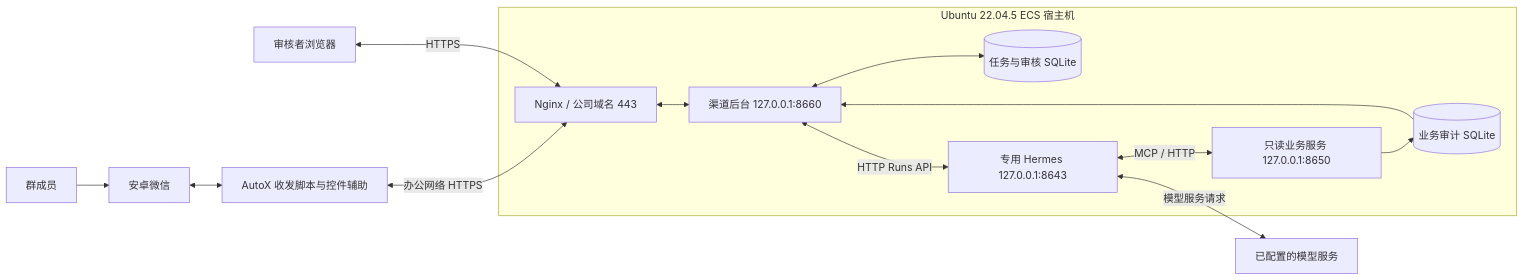
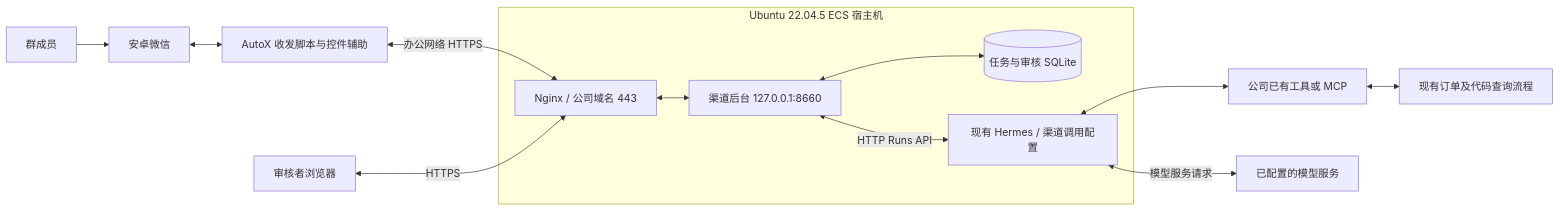
One commit to chenhaitao888/wechat-android-poc changed the first of 4 diagrams in docs/技术方案.md. Above: the diagram before and after it, drawn with Mermaid. The commit also changed other lines of this file and 4 other files, not shown here.

````diff
--- a/docs/技术方案.md
+++ b/docs/技术方案.md
@@ -27,16 +30,15 @@
 ```mermaid
 flowchart LR
   U[群成员] --> W[安卓微信]
   W <--> P[AutoX 收发脚本与控件辅助]
   P <-->|办公网络 HTTPS| N[Nginx / 公司域名 443]
   R[审核者浏览器] <-->|HTTPS| N
   subgraph ECS[Ubuntu 22.04.5 ECS 宿主机]
     N <--> B[渠道后台 127.0.0.1:8660]
     B <--> DB[(任务与审核 SQLite)]
-    B <-->|HTTP Runs API| H[专用 Hermes 127.0.0.1:8643]
-    H <-->|MCP / HTTP| M[只读业务服务 127.0.0.1:8650]
-    M --> A[(业务审计 SQLite)]
-    A --> B
+    B <-->|HTTP Runs API| H[现有 Hermes / 渠道调用配置]
   end
+  H <--> M[公司已有工具或 MCP]
+  M <--> D[现有订单及代码查询流程]
   H <-->|模型服务请求| L[已配置的模型服务]
 ```
````
